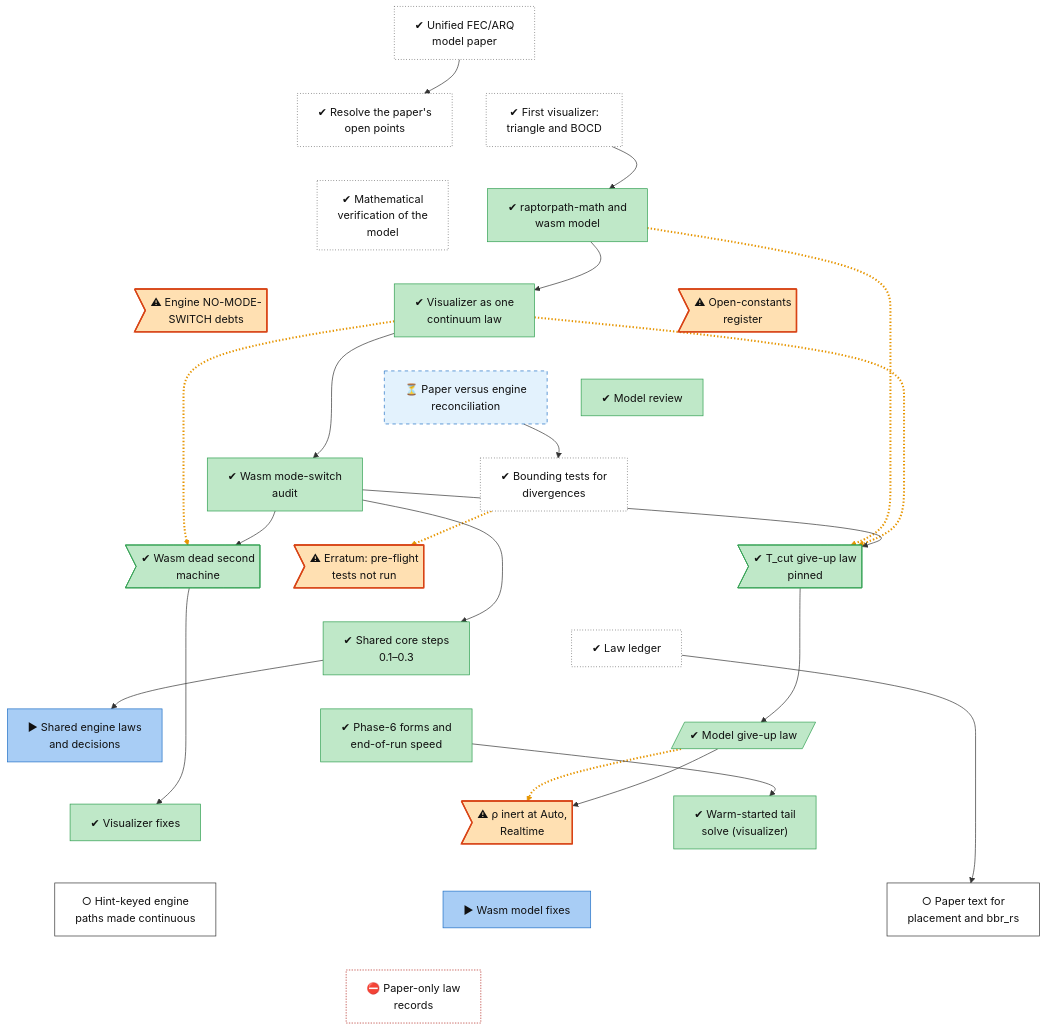
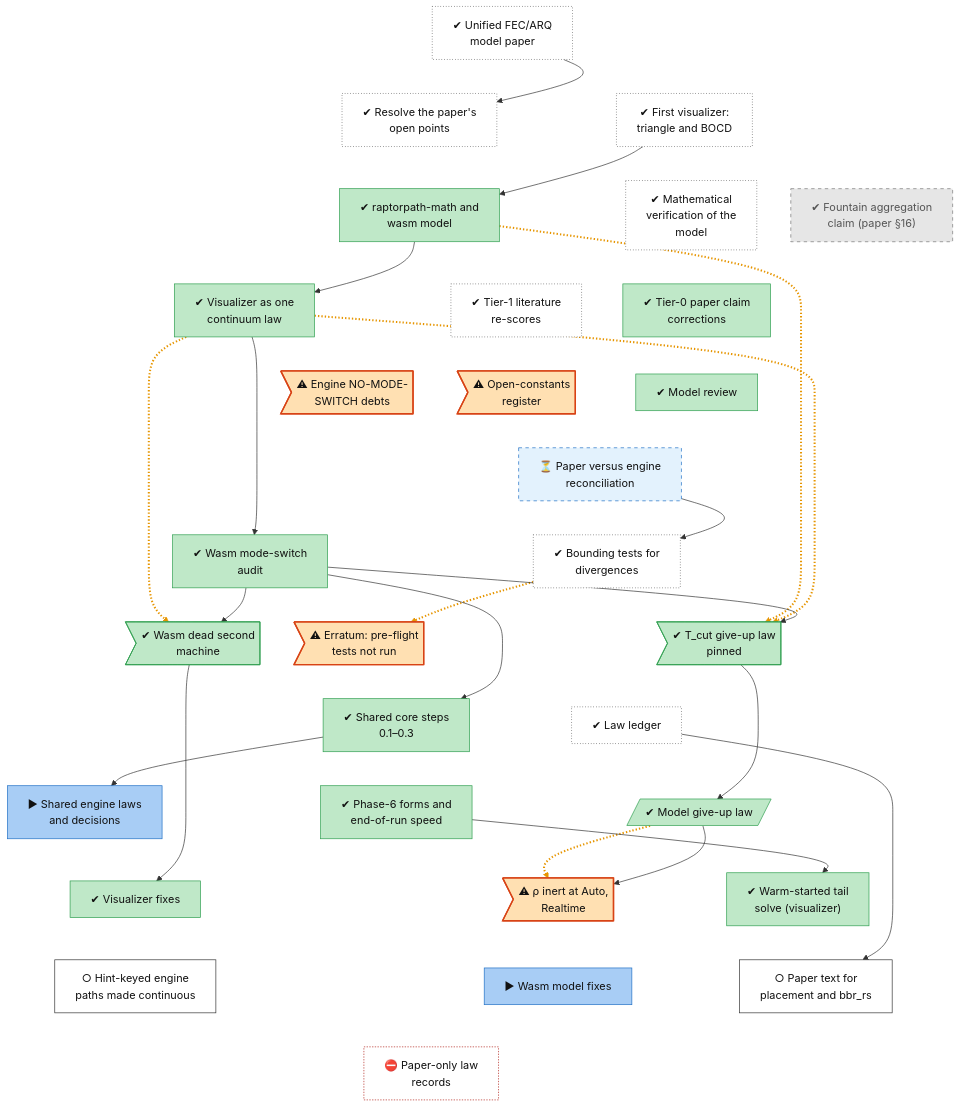
The diagram in docs/roadmap/tracks/model.md (lhns/raptorpath), drawn with Mermaid before and after one commit. The commit also changed other lines of this file and 11 other files, not shown here.

First line of the commit message:
roadmap: backfill pre-November history from the gap scan

```diff
--- a/docs/roadmap/tracks/model.md
+++ b/docs/roadmap/tracks/model.md
@@ -14,7 +14,10 @@
     model_visualizer_v1["✔ First visualizer:<br/>triangle and BOCD"]
     model_wasm_l0["✔ raptorpath-math and<br/>wasm model"]
     model_math_verification["✔ Mathematical<br/>verification of the<br/>model"]
+    model_s16_fountain["✔ Fountain aggregation<br/>claim (paper #167;16)"]
     model_vis_continuum["✔ Visualizer as one<br/>continuum law"]
+    model_tier1_rescores["✔ Tier-1 literature<br/>re-scores"]
+    model_tier0_corrections["✔ Tier-0 paper claim<br/>corrections"]
     model_mode_switch_debts>"⚠ Engine NO-MODE-<br/>SWITCH debts"]
     model_open_constants>"⚠ Open-constants<br/>register"]
     model_review_37["✔ Model review"]
@@ -40,13 +43,17 @@
     model_paper_v1 ~~~ model_visualizer_v1
     model_open_points ~~~ model_wasm_l0
     model_visualizer_v1 ~~~ model_math_verification
+    model_visualizer_v1 ~~~ model_s16_fountain
     model_wasm_l0 ~~~ model_vis_continuum
-    model_math_verification ~~~ model_mode_switch_debts
-    model_math_verification ~~~ model_open_constants
-    model_vis_continuum ~~~ model_review_37
+    model_math_verification ~~~ model_tier1_rescores
+    model_s16_fountain ~~~ model_tier0_corrections
+    model_vis_continuum ~~~ model_mode_switch_debts
+    model_tier1_rescores ~~~ model_open_constants
+    model_tier0_corrections ~~~ model_review_37
     model_mode_switch_debts ~~~ model_paper_recon
     model_open_constants ~~~ model_paper_recon
-    model_review_37 ~~~ model_bound_tests
+    model_review_37 ~~~ model_paper_recon
+    model_paper_recon ~~~ model_bound_tests
     model_paper_recon ~~~ model_wasm_audit
     model_bound_tests ~~~ model_defect_tcut
     model_wasm_audit ~~~ model_defect_dead_machine
@@ -85,7 +92,7 @@
     model_giveup_law --> model_defect_rho_inert
     model_endspeed --> model_warm_start
     model_law_ledger --> model_fix_paper_p2
-    linkStyle 32,34,35,37,44 stroke:#e69500,stroke-width:3px,stroke-dasharray:2 3
+    linkStyle 36,38,39,41,48 stroke:#e69500,stroke-width:3px,stroke-dasharray:2 3
     classDef vsucc fill:#2e9e4f,stroke:#1b6b34,color:#fff
     classDef succ fill:#bfe8c8,stroke:#2e9e4f,color:#111
     classDef mixed fill:#ffd37a,stroke:#c98a00,color:#111
@@ -99,8 +106,9 @@
     classDef userdec fill:#d9c2f0,stroke:#7b3fb5,color:#111
     classDef defect fill:#ffe0b2,stroke:#d84315,stroke-width:2px,color:#111
     classDef waiting fill:#e3f2fd,stroke:#1f6fc5,stroke-dasharray:5 5,color:#111
-    class model_paper_v1,model_open_points,model_visualizer_v1,model_math_verification,model_bound_tests,model_law_ledger unrated
-    class model_wasm_l0,model_vis_continuum,model_review_37,model_wasm_audit,model_defect_tcut,model_defect_dead_machine,model_shared_core_0,model_endspeed,model_giveup_law,model_viz_fix,model_warm_start succ
+    class model_paper_v1,model_open_points,model_visualizer_v1,model_math_verification,model_tier1_rescores,model_bound_tests,model_law_ledger unrated
+    class model_wasm_l0,model_vis_continuum,model_tier0_corrections,model_review_37,model_wasm_audit,model_defect_tcut,model_defect_dead_machine,model_shared_core_0,model_endspeed,model_giveup_law,model_viz_fix,model_warm_start succ
+    class model_s16_fountain dead
     class model_mode_switch_debts,model_open_constants,model_bound_tests_unrun,model_defect_rho_inert defect
     class model_paper_recon waiting
     class model_shared_core,model_wasm_fixes inprog
```
